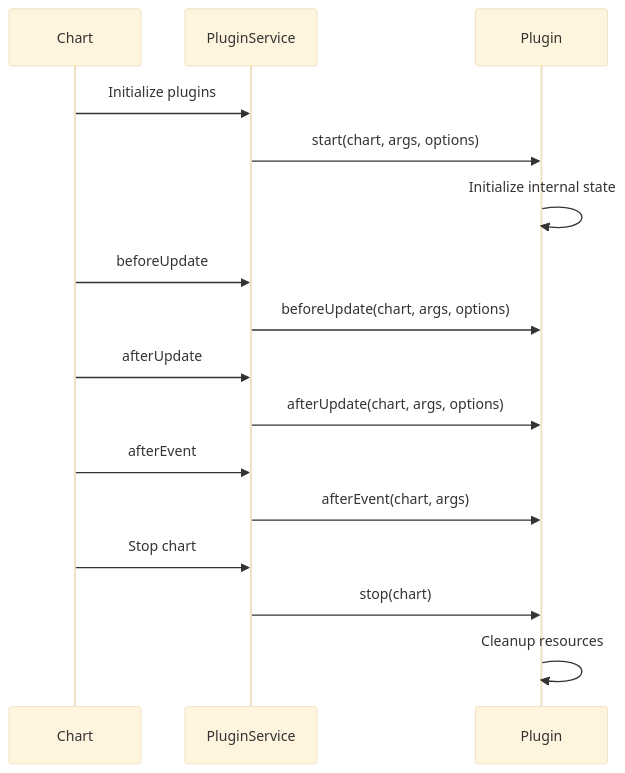
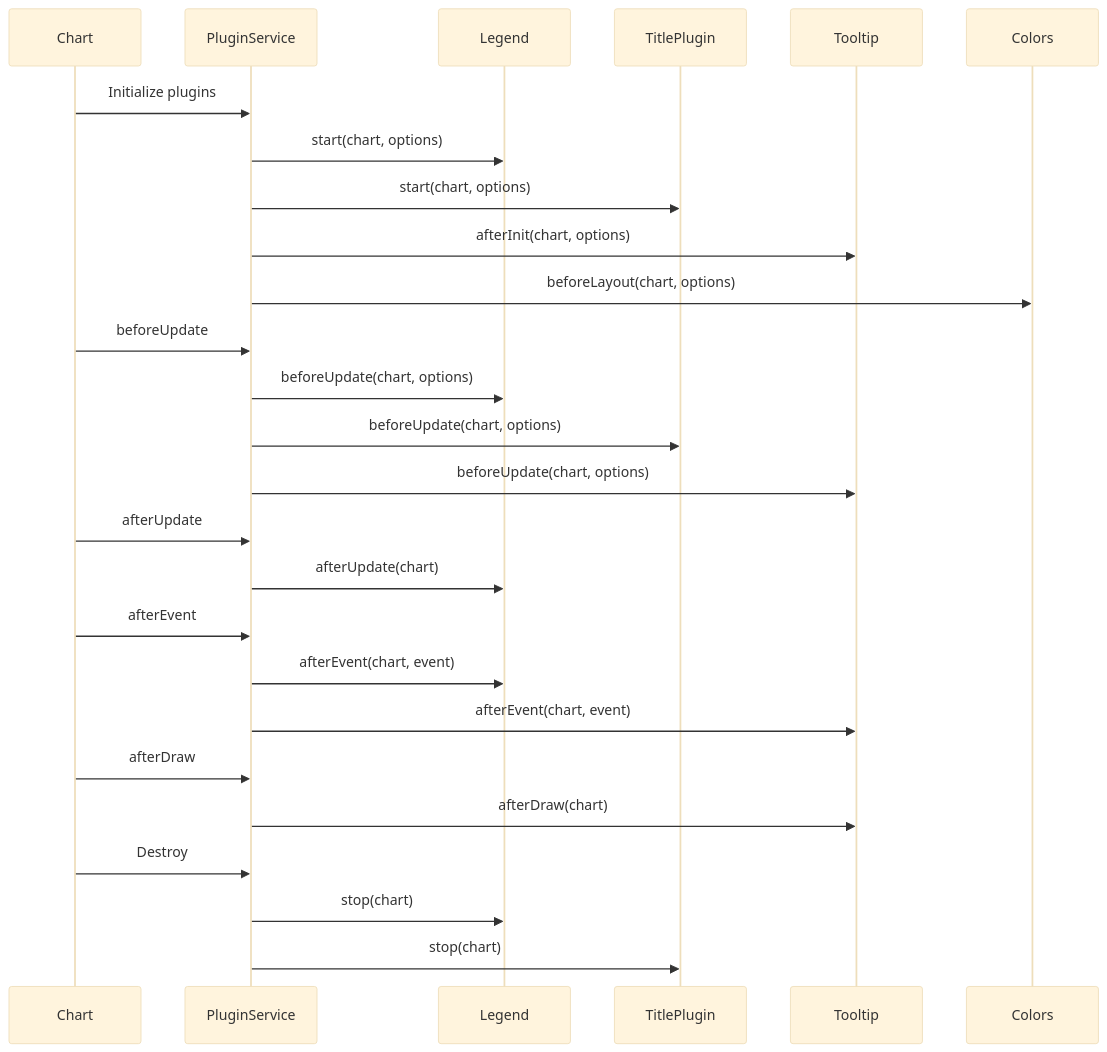
Before and after one commit to FSoft-AI4Code/codewiki-demo: the sixth of 6 diagrams in docs/chartjs--Chart.js-docs/plugins.md, drawn with Mermaid (base theme). The commit also changed other lines of this file and 1103 other files, not shown here.

````diff
--- a/docs/chartjs--Chart.js-docs/plugins.md
+++ b/docs/chartjs--Chart.js-docs/plugins.md
@@ -126,23 +223,34 @@
 ```mermaid
 sequenceDiagram
     participant Chart
     participant PluginService
-    participant Plugin
+    participant Legend
+    participant TitlePlugin
+    participant Tooltip
+    participant Colors
     
     Chart->>PluginService: Initialize plugins
-    PluginService->>Plugin: start(chart, args, options)
-    Plugin->>Plugin: Initialize internal state
+    PluginService->>Legend: start(chart, options)
+    PluginService->>TitlePlugin: start(chart, options)
+    PluginService->>Tooltip: afterInit(chart, options)
+    PluginService->>Colors: beforeLayout(chart, options)
     
     Chart->>PluginService: beforeUpdate
-    PluginService->>Plugin: beforeUpdate(chart, args, options)
+    PluginService->>Legend: beforeUpdate(chart, options)
+    PluginService->>TitlePlugin: beforeUpdate(chart, options)
+    PluginService->>Tooltip: beforeUpdate(chart, options)
     
     Chart->>PluginService: afterUpdate
-    PluginService->>Plugin: afterUpdate(chart, args, options)
+    PluginService->>Legend: afterUpdate(chart)
     
     Chart->>PluginService: afterEvent
-    PluginService->>Plugin: afterEvent(chart, args)
+    PluginService->>Legend: afterEvent(chart, event)
+    PluginService->>Tooltip: afterEvent(chart, event)
     
-    Chart->>PluginService: Stop chart
-    PluginService->>Plugin: stop(chart)
-    Plugin->>Plugin: Cleanup resources
+    Chart->>PluginService: afterDraw
+    PluginService->>Tooltip: afterDraw(chart)
+    
+    Chart->>PluginService: Destroy
+    PluginService->>Legend: stop(chart)
+    PluginService->>TitlePlugin: stop(chart)
 ```
````
